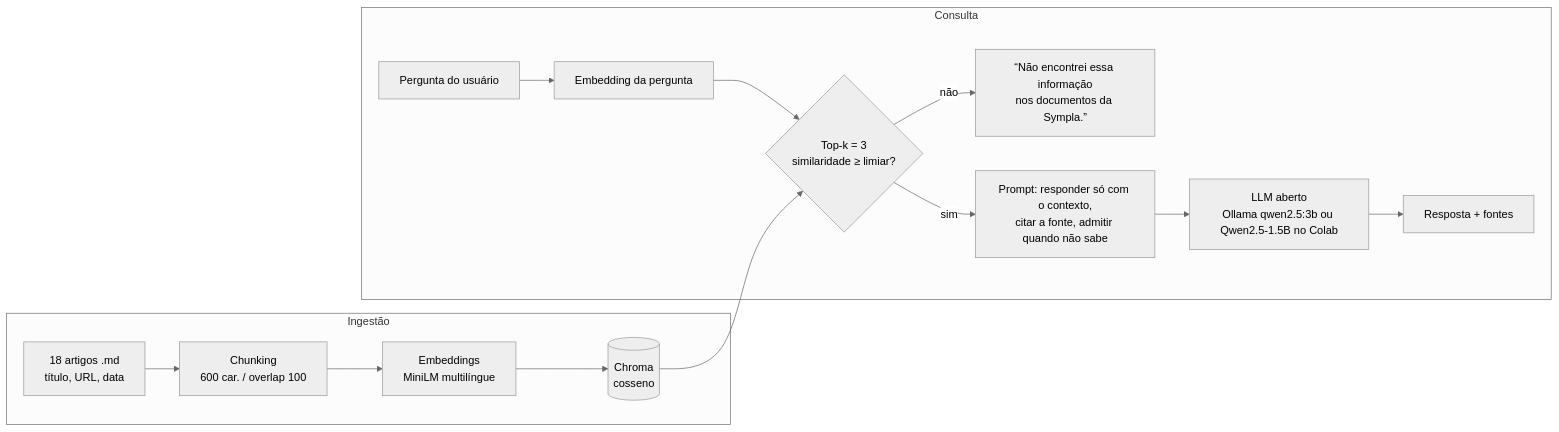
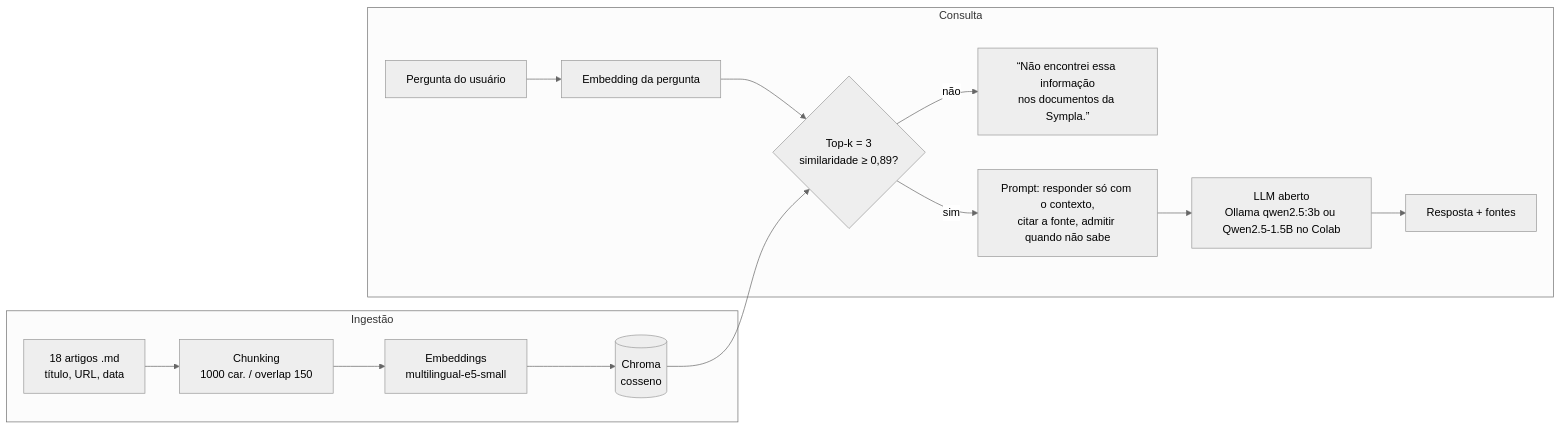
Before and after one commit to opittas/SymplaDocs: the diagram in relatorio/RELATORIO.md, drawn with Mermaid (neutral theme). The commit also changed other lines of this file and 5 other files, not shown here.

````diff
--- a/relatorio/RELATORIO.md
+++ b/relatorio/RELATORIO.md
@@ -30,17 +30,17 @@
 ```mermaid
 flowchart LR
     subgraph Ingestão
-        D[18 artigos .md<br/>título, URL, data] --> C[Chunking<br/>600 car. / overlap 100]
-        C --> E1[Embeddings<br/>MiniLM multilíngue]
+        D[18 artigos .md<br/>título, URL, data] --> C[Chunking<br/>1000 car. / overlap 150]
+        C --> E1[Embeddings<br/>multilingual-e5-small]
         E1 --> V[(Chroma<br/>cosseno)]
     end
     subgraph Consulta
         P[Pergunta do usuário] --> E2[Embedding da pergunta]
-        E2 --> R{Top-k = 3<br/>similaridade ≥ limiar?}
+        E2 --> R{Top-k = 3<br/>similaridade ≥ 0,89?}
         V --> R
         R -- não --> N[“Não encontrei essa informação<br/>nos documentos da Sympla.”]
         R -- sim --> PR[Prompt: responder só com o contexto,<br/>citar a fonte, admitir quando não sabe]
         PR --> L[LLM aberto<br/>Ollama qwen2.5:3b ou Qwen2.5-1.5B no Colab]
         L --> A[Resposta + fontes]
     end
 ```
````
